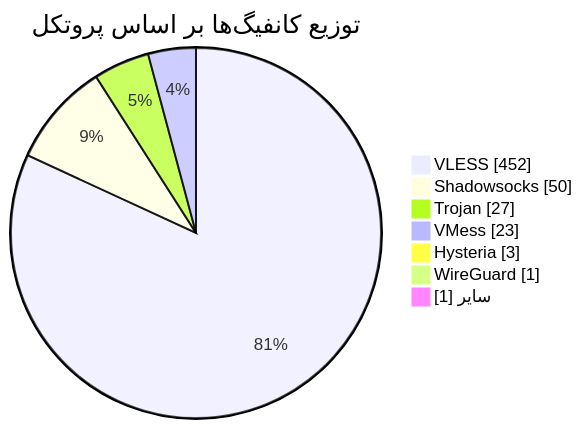
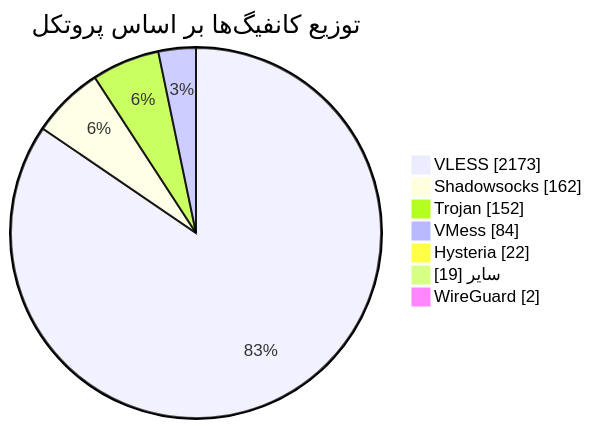
One commit to Arian-Alijani/Somthing changed the diagram in README.md. Above: the diagram before and after it, drawn with Mermaid. The commit also changed other lines of this file and 139 other files, not shown here.

````diff
--- a/README.md
+++ b/README.md
@@ -49,11 +49,11 @@
 ```mermaid
 pie showData
     title توزیع کانفیگ‌ها بر اساس پروتکل
-    "VLESS" : 452
-    "Shadowsocks" : 50
-    "Trojan" : 27
-    "VMess" : 23
-    "Hysteria" : 3
-    "WireGuard" : 1
-    "سایر" : 1
+    "VLESS" : 2173
+    "Shadowsocks" : 162
+    "Trojan" : 152
+    "VMess" : 84
+    "Hysteria" : 22
+    "سایر" : 19
+    "WireGuard" : 2
 ```
````
